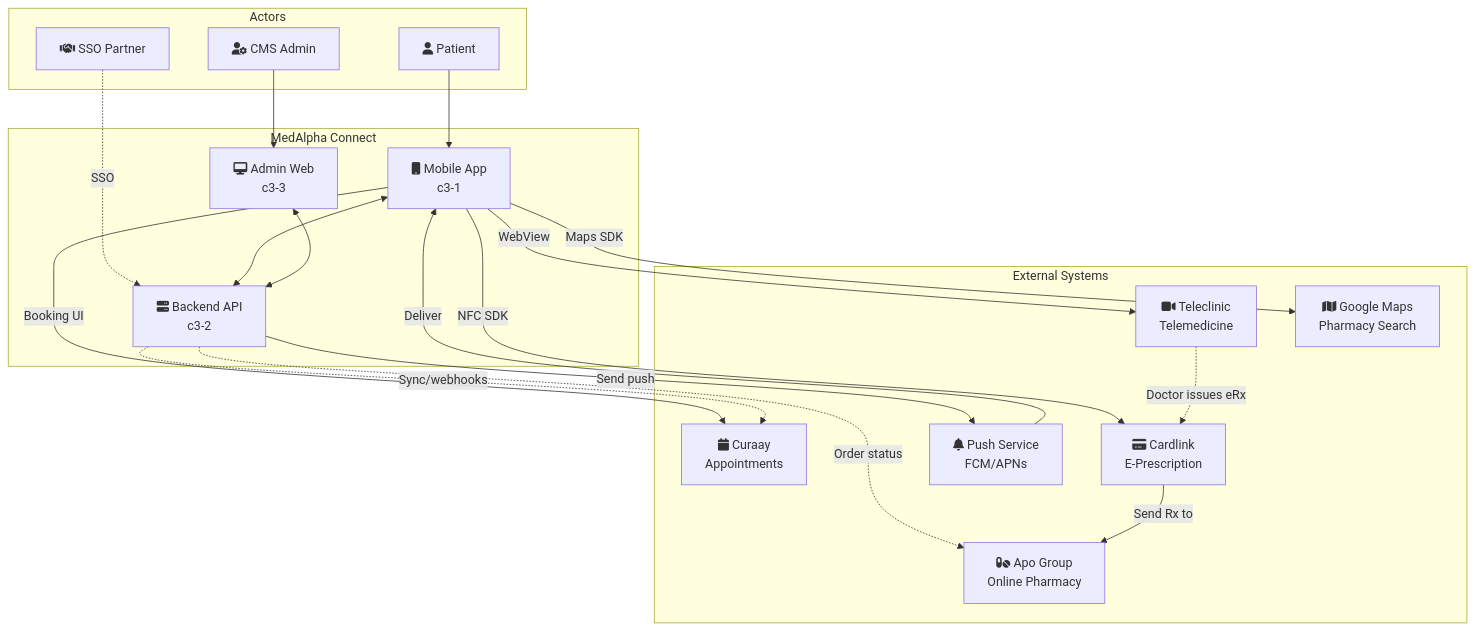
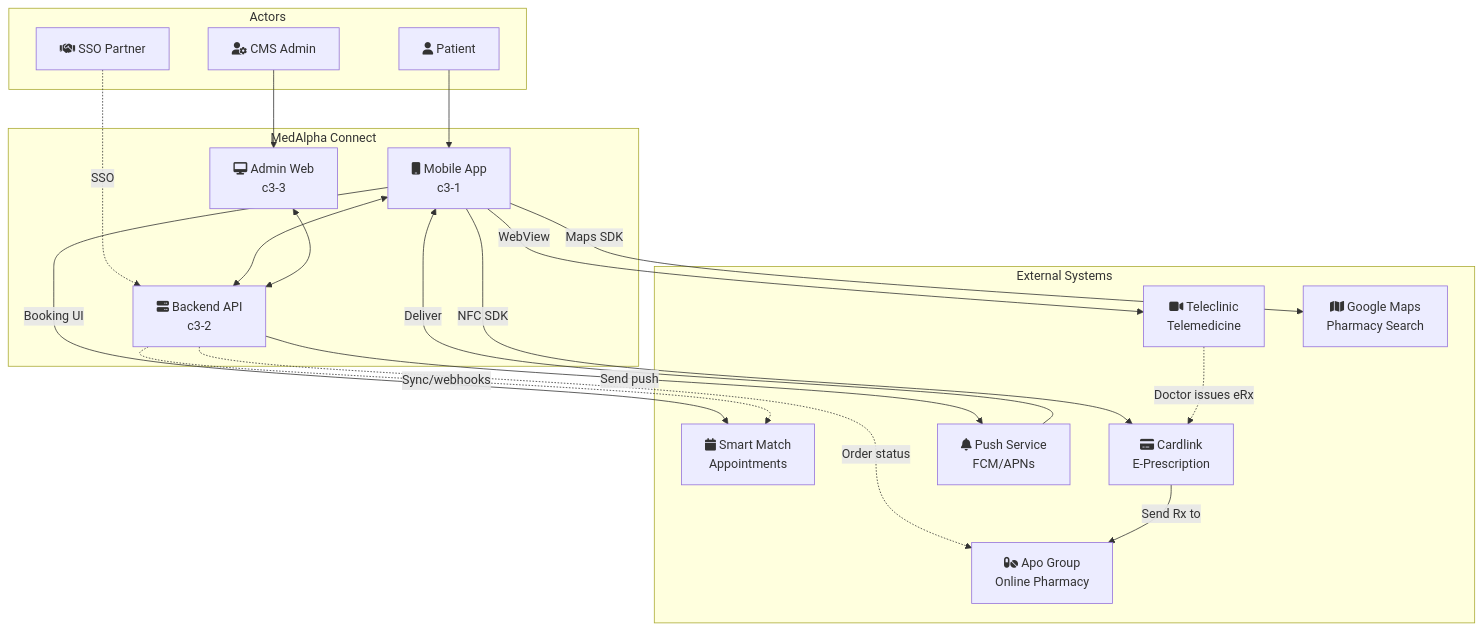
Before and after one commit to garyctc/MedAlpha-Flow: the diagram in docs/requirements/medalpha-verview.md, drawn with Mermaid. The commit also changed other lines of this file and 22 other files, not shown here.

First line of the commit message:
Rebrand Curaay to Smart Match and hide prescription features

````diff
--- a/docs/requirements/medalpha-verview.md
+++ b/docs/requirements/medalpha-verview.md
@@ -17,47 +17,47 @@
 ```mermaid
 graph TB
     subgraph Actors
         A1[fa:fa-user Patient]
         A2[fa:fa-user-cog CMS Admin]
         A3[fa:fa-handshake SSO Partner]
     end
 
     subgraph System["MedAlpha Connect"]
         C1[fa:fa-mobile Mobile App<br/>c3-1]
         C2[fa:fa-server Backend API<br/>c3-2]
         C3[fa:fa-desktop Admin Web<br/>c3-3]
     end
 
     subgraph External["External Systems"]
-        E1[fa:fa-calendar Curaay<br/>Appointments]
+        E1[fa:fa-calendar Smart Match<br/>Appointments]
         E2[fa:fa-video Teleclinic<br/>Telemedicine]
         E3[fa:fa-pills Apo Group<br/>Online Pharmacy]
         E4[fa:fa-credit-card Cardlink<br/>E-Prescription]
         E5[fa:fa-map Google Maps<br/>Pharmacy Search]
         E6[fa:fa-bell Push Service<br/>FCM/APNs]
     end
 
     A1 --> C1
     A2 --> C3
     A3 -.->|SSO| C2
 
     C1 <--> C2
     C3 <--> C2
 
     %% Mobile direct integrations
     C1 -->|Booking UI| E1
     C1 -->|WebView| E2
     C1 -->|NFC SDK| E4
     C1 -->|Maps SDK| E5
 
     %% Backend integrations
     C2 -.->|Sync/webhooks| E1
     C2 -.->|Order status| E3
     C2 -->|Send push| E6
 
     %% E-prescription flow
     E2 -.->|Doctor issues eRx| E4
     E4 -->|Send Rx to| E3
 
     E6 -->|Deliver| C1
 ```
````
